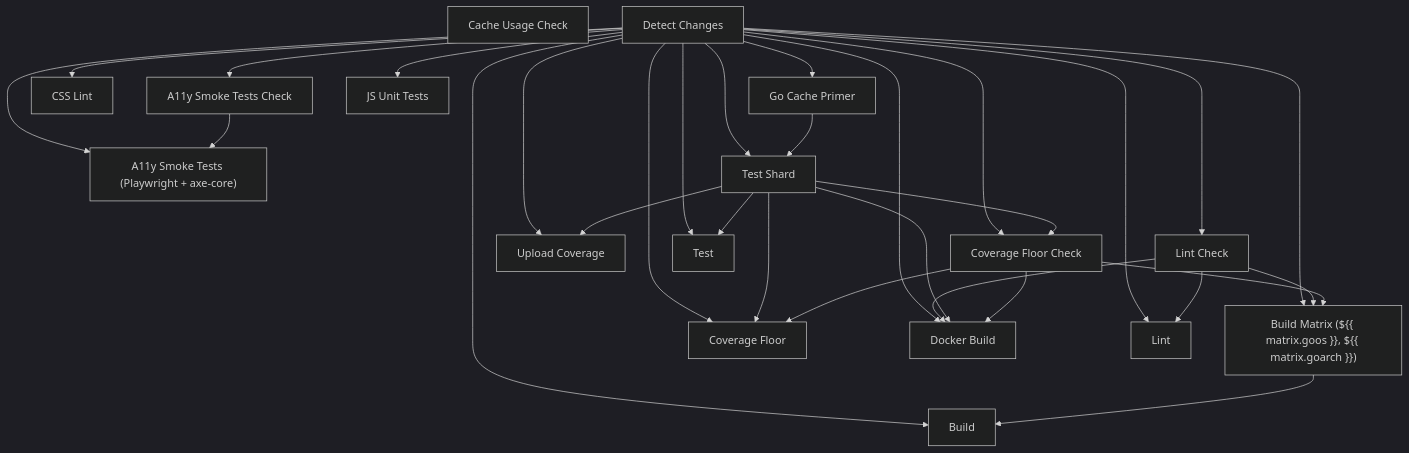
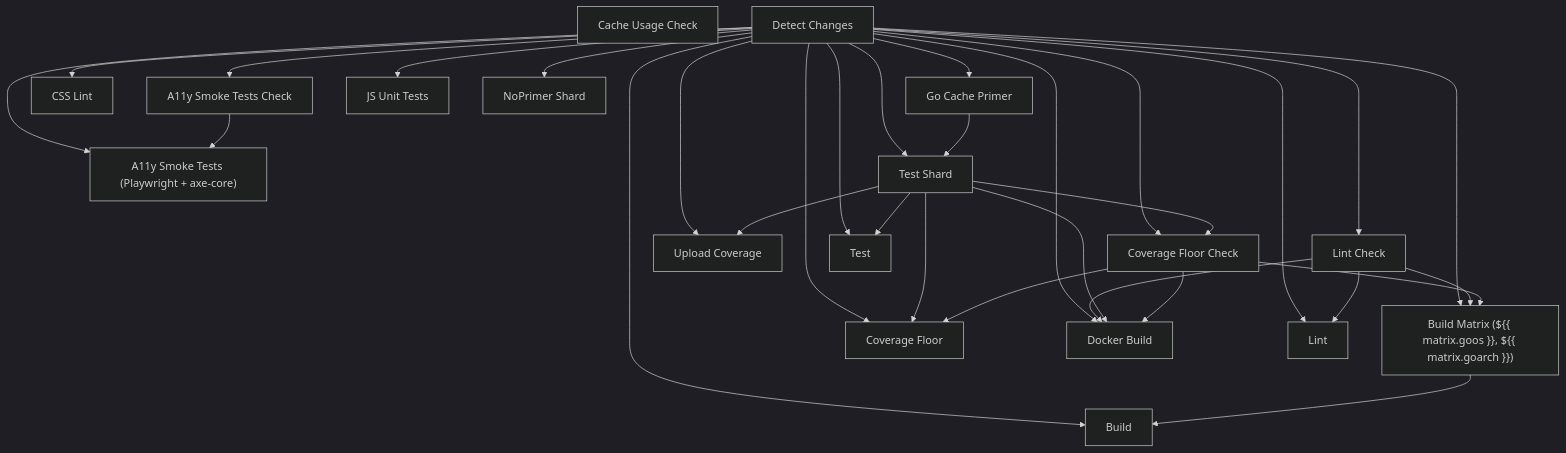
Before and after one commit to sydlexius/stillwater: the diagram in docs/_generated/ci-reference.md, drawn with Mermaid (dark theme).

Commit message:
docs: regenerate ci-reference for the #2829 experiment job
Generated by `make generate-docs`. The graph gains `changes -> test_noprimer`
with no primer edge, while `go_cache_primer -> test` is unchanged -- exactly
the experimental contrast being measured.

````diff
--- a/docs/_generated/ci-reference.md
+++ b/docs/_generated/ci-reference.md
@@ -9,50 +9,52 @@
 ```mermaid
 flowchart TD
     a11y_summary["A11y Smoke Tests (Playwright + axe-core)"]
     a11y_test["A11y Smoke Tests Check"]
     build["Build"]
     build_matrix["Build Matrix (${{ matrix.goos }}, ${{ matrix.goarch }})"]
     cache_usage["Cache Usage Check"]
     changes["Detect Changes"]
     coverage_floor["Coverage Floor Check"]
     coverage_floor_summary["Coverage Floor"]
     coverage_upload["Upload Coverage"]
     css_lint["CSS Lint"]
     docker["Docker Build"]
     go_cache_primer["Go Cache Primer"]
     js_test["JS Unit Tests"]
     lint["Lint Check"]
     lint_summary["Lint"]
     test["Test Shard"]
+    test_noprimer["NoPrimer Shard"]
     test_summary["Test"]
 
     changes --> a11y_summary
     a11y_test --> a11y_summary
     changes --> a11y_test
     changes --> build
     build_matrix --> build
     changes --> build_matrix
     lint --> build_matrix
     coverage_floor --> build_matrix
     changes --> coverage_floor
     test --> coverage_floor
     changes --> coverage_floor_summary
     test --> coverage_floor_summary
     coverage_floor --> coverage_floor_summary
     changes --> coverage_upload
     test --> coverage_upload
     changes --> css_lint
     changes --> docker
     lint --> docker
     test --> docker
     coverage_floor --> docker
     changes --> go_cache_primer
     changes --> js_test
     changes --> lint
     changes --> lint_summary
     lint --> lint_summary
     changes --> test
     go_cache_primer --> test
+    changes --> test_noprimer
     changes --> test_summary
     test --> test_summary
 ```
````
